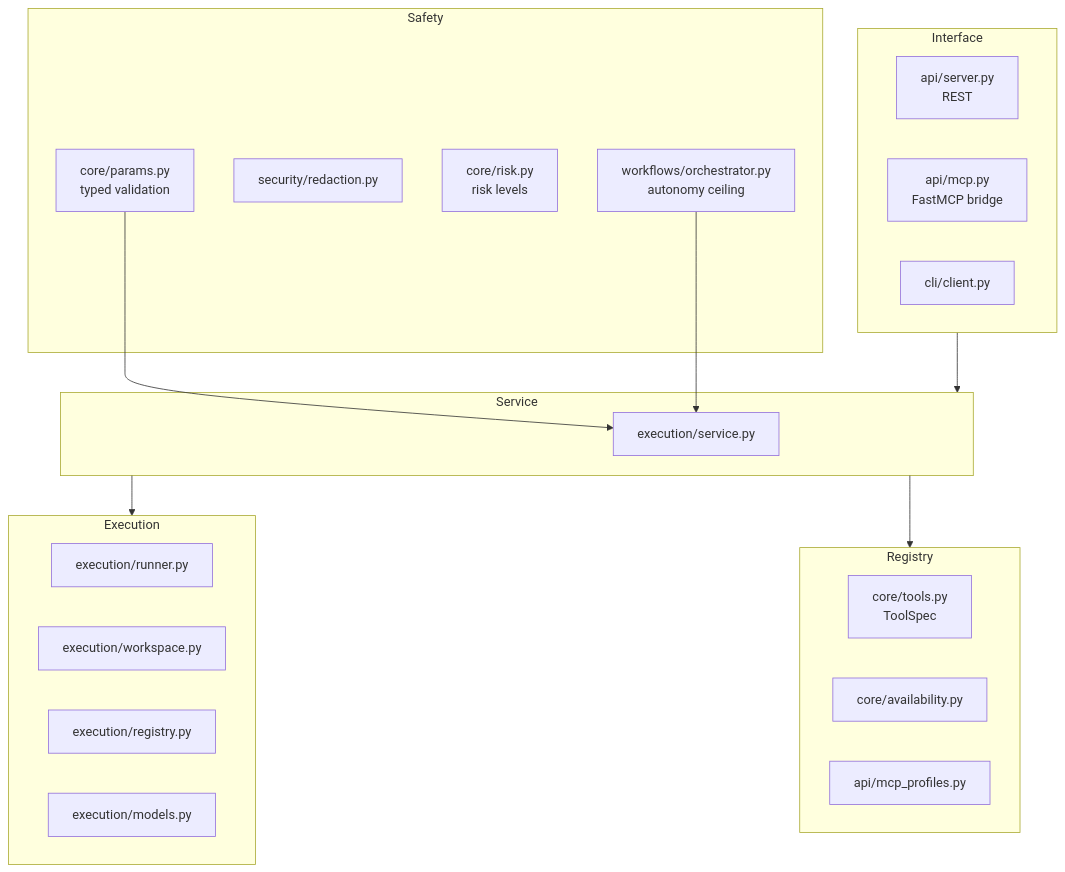
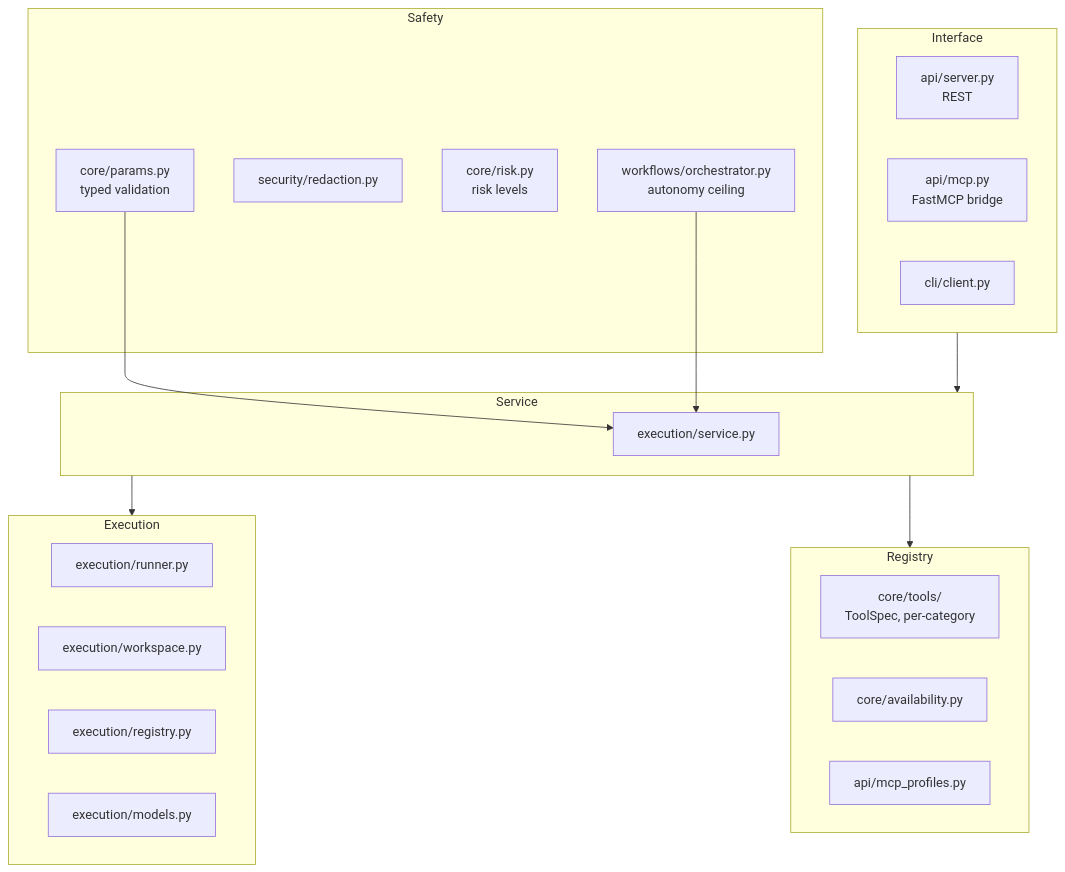
Before and after one commit to Arseno25/nexhunter: the second of 6 diagrams in docs/architecture.md, drawn with Mermaid. The commit also changed other lines of this file and 37 other files, not shown here.

First line of the commit message:
refactor(tools): split registry into per-category package, add auth category

````diff
--- a/docs/architecture.md
+++ b/docs/architecture.md
@@ -44,38 +44,38 @@
 ```mermaid
 flowchart TB
     subgraph interface [Interface]
         A1[api/server.py<br/>REST]
         A2[api/mcp.py<br/>FastMCP bridge]
         A3[cli/client.py]
     end
 
     subgraph service [Service]
         B1[execution/service.py]
     end
 
     subgraph safety [Safety]
         C1[core/params.py<br/>typed validation]
         C2[security/redaction.py]
         C3[core/risk.py<br/>risk levels]
         C4[workflows/orchestrator.py<br/>autonomy ceiling]
     end
 
     subgraph exec [Execution]
         D1[execution/runner.py]
         D2[execution/workspace.py]
         D3[execution/registry.py]
         D4[execution/models.py]
     end
 
     subgraph registry [Registry]
-        E1[core/tools.py<br/>ToolSpec]
+        E1[core/tools/<br/>ToolSpec, per-category]
         E2[core/availability.py]
         E3[api/mcp_profiles.py]
     end
 
     interface --> service
     service --> exec
     service --> registry
     C1 --> B1
     C4 --> B1
 ```
````
